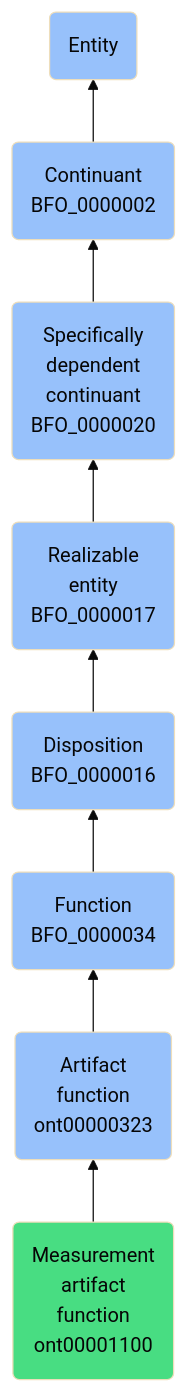
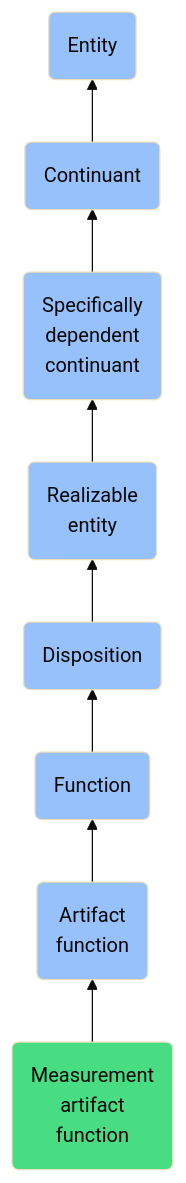
Before and after one commit to jupyter-naas/abi: the diagram in docs/ontology/reference/model/Entity/Continuant/Specifically dependent continuant/Realizable entity/Disposition/Function/Artifact function/Measurement artifact function/Measurement artifact function.md, drawn with Mermaid (base theme). The commit also changed other lines of this file and 1430 other files, not shown here.

````diff
--- a/docs/ontology/reference/model/Entity/Continuant/Specifically dependent continuant/Realizable entity/Disposition/Function/Artifact function/Measurement artifact function/Measurement artifact function.md
+++ b/docs/ontology/reference/model/Entity/Continuant/Specifically dependent continuant/Realizable entity/Disposition/Function/Artifact function/Measurement artifact function/Measurement artifact function.md
@@ -24,15 +24,15 @@
 ```mermaid
 graph BT
-    ont00001100(Measurement<br>artifact<br>function<br>ont00001100):::ABI-->ont00000323
-    ont00000323(Artifact<br>function<br>ont00000323):::BFO-->BFO_0000034
-    BFO_0000034(Function<br>BFO_0000034):::BFO-->BFO_0000016
-    BFO_0000016(Disposition<br>BFO_0000016):::BFO-->BFO_0000017
-    BFO_0000017(Realizable<br>entity<br>BFO_0000017):::BFO-->BFO_0000020
-    BFO_0000020(Specifically<br>dependent<br>continuant<br>BFO_0000020):::BFO-->BFO_0000002
-    BFO_0000002(Continuant<br>BFO_0000002):::BFO-->BFO_0000001
+    ont00001100(Measurement<br>artifact<br>function):::ABI-->ont00000323
+    ont00000323(Artifact<br>function):::BFO-->BFO_0000034
+    BFO_0000034(Function):::BFO-->BFO_0000016
+    BFO_0000016(Disposition):::BFO-->BFO_0000017
+    BFO_0000017(Realizable<br>entity):::BFO-->BFO_0000020
+    BFO_0000020(Specifically<br>dependent<br>continuant):::BFO-->BFO_0000002
+    BFO_0000002(Continuant):::BFO-->BFO_0000001
     BFO_0000001(Entity):::BFO
     
     classDef BFO fill:#97c1fb,color:#060606
     classDef CCO fill:#e4c51e,color:#060606
     classDef ABI fill:#48DD82,color:#060606
 ```
````
